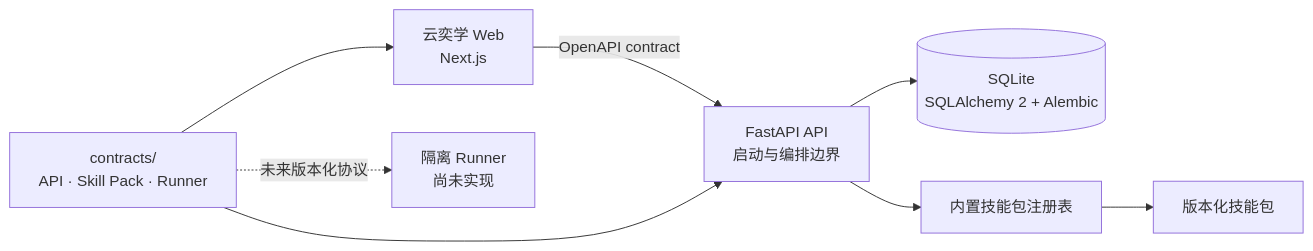
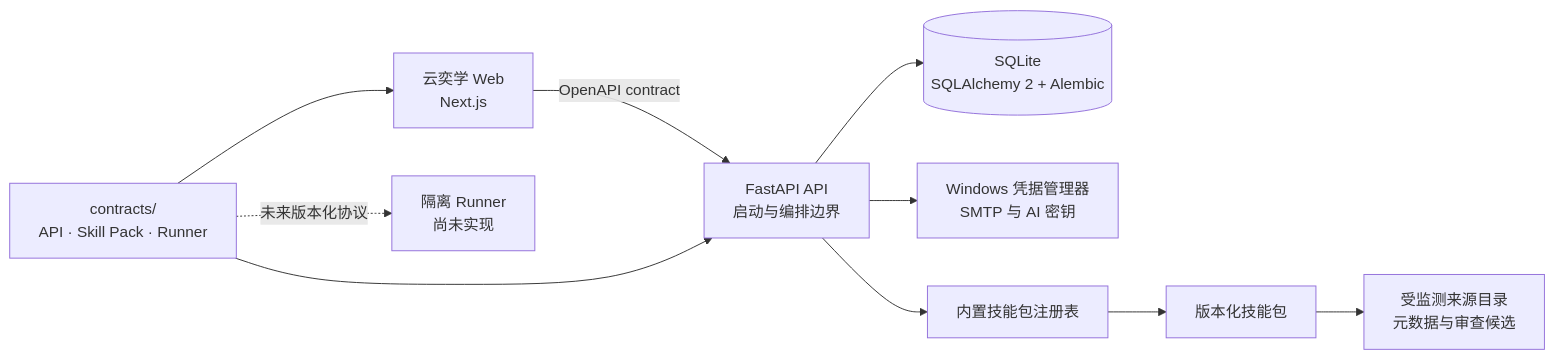
The diagram in README.md (joonas-001/cloud_study_everything), drawn with Mermaid before and after one commit. The commit also changed other lines of this file and 39 other files, not shown here.

````diff
--- a/README.md
+++ b/README.md
@@ -57,10 +59,12 @@
 ```mermaid
 flowchart LR
     Web["云奕学 Web<br/>Next.js"] -->|OpenAPI contract| API["FastAPI API<br/>启动与编排边界"]
     API --> DB[("SQLite<br/>SQLAlchemy 2 + Alembic")]
+    API --> Credentials["Windows 凭据管理器<br/>SMTP 与 AI 密钥"]
     API --> Registry["内置技能包注册表"]
     Registry --> Packs["版本化技能包"]
+    Packs --> Sources["受监测来源目录<br/>元数据与审查候选"]
     Contracts["contracts/<br/>API · Skill Pack · Runner"] --> Web
     Contracts --> API
     Contracts -.未来版本化协议.-> Runner["隔离 Runner<br/>尚未实现"]
 ```
````
